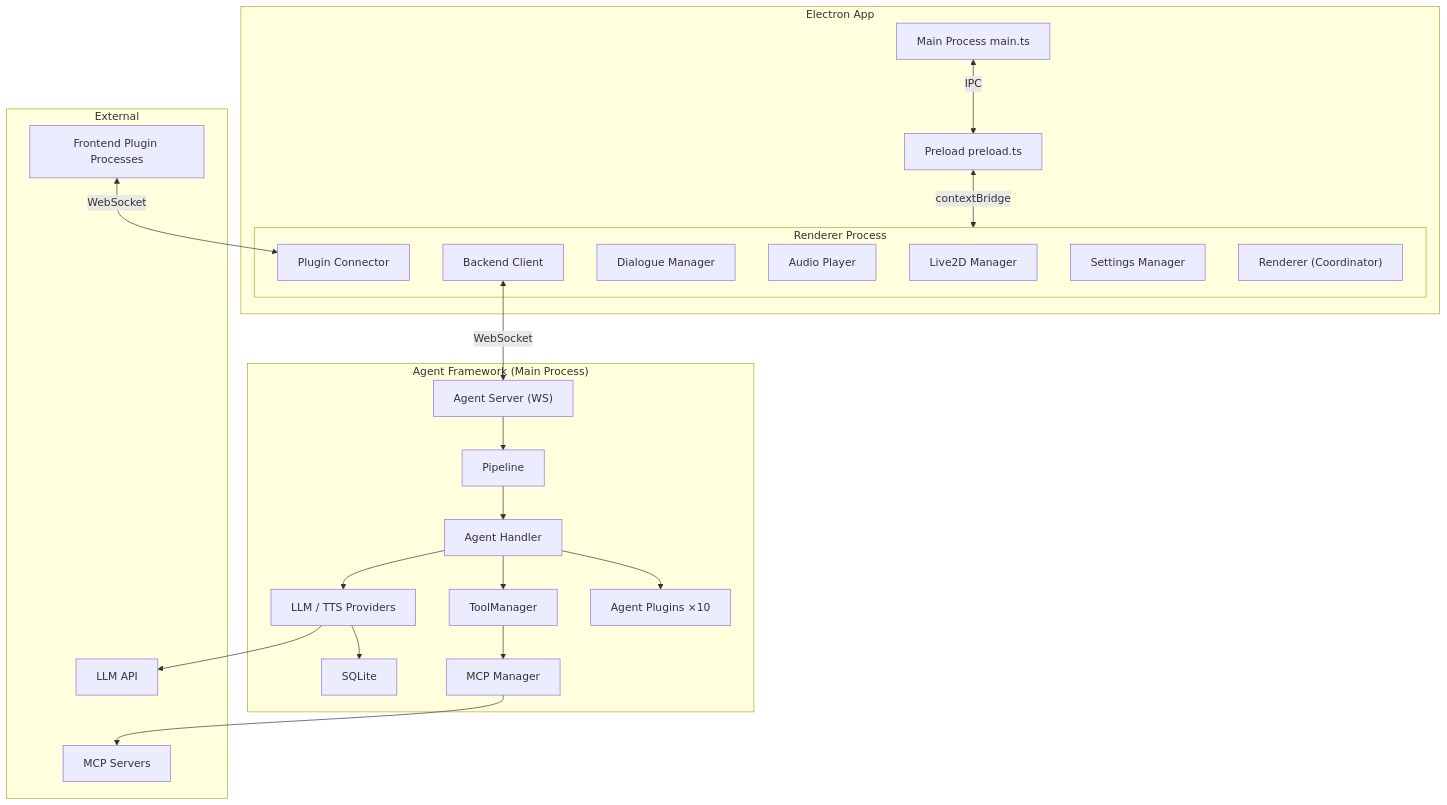
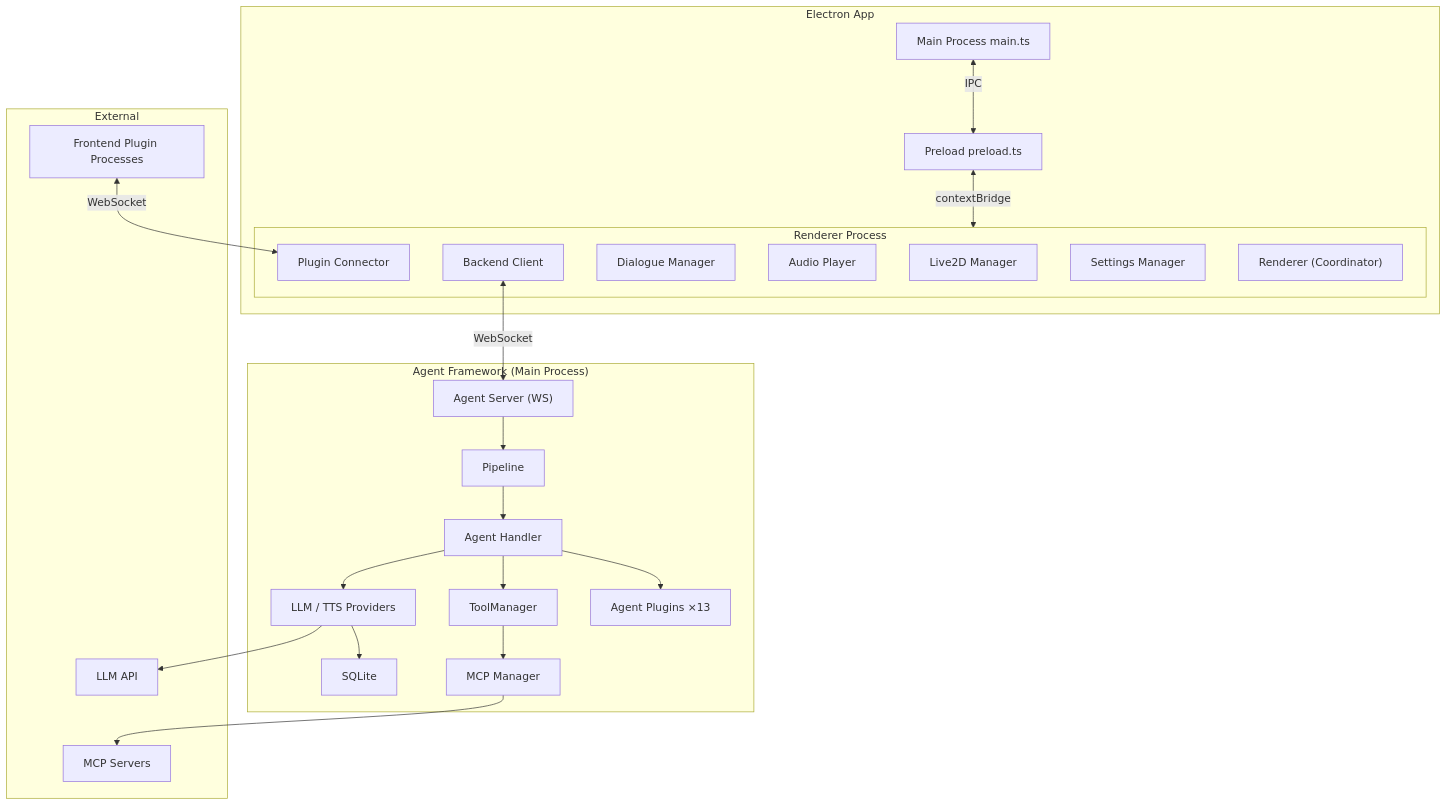
Before and after one commit to gameswu/NyaDeskPet: the diagram in assets/docs/en-US/DEVELOPMENT.md, drawn with Mermaid. The commit also changed other lines of this file and 64 other files, not shown here.

````diff
--- a/assets/docs/en-US/DEVELOPMENT.md
+++ b/assets/docs/en-US/DEVELOPMENT.md
@@ -47,47 +21,47 @@
 ```mermaid
 graph TB
     subgraph Electron["Electron App"]
         Main["Main Process main.ts"]
         Preload["Preload preload.ts"]
         subgraph Renderer["Renderer Process"]
             Live2D["Live2D Manager"]
             BackendClient["Backend Client"]
             Dialogue["Dialogue Manager"]
             Audio["Audio Player"]
             PluginConn["Plugin Connector"]
             Settings["Settings Manager"]
             UI["Renderer (Coordinator)"]
         end
     end
 
     subgraph AgentFramework["Agent Framework (Main Process)"]
         AgentServer["Agent Server (WS)"]
         Pipeline["Pipeline"]
         Handler["Agent Handler"]
         Providers["LLM / TTS Providers"]
         Tools["ToolManager"]
         MCP["MCP Manager"]
-        AgentPlugins["Agent Plugins ×10"]
+        AgentPlugins["Agent Plugins ×13"]
         DB["SQLite"]
     end
 
     subgraph External["External"]
         FPlugins["Frontend Plugin Processes"]
         MCPServer["MCP Servers"]
         LLMAPI["LLM API"]
     end
 
     Main <-->|IPC| Preload
     Preload <-->|contextBridge| Renderer
     BackendClient <-->|WebSocket| AgentServer
     AgentServer --> Pipeline
     Pipeline --> Handler
     Handler --> Providers
     Handler --> Tools
     Tools --> MCP
     Providers --> LLMAPI
     MCP --> MCPServer
     Handler --> AgentPlugins
     Providers --> DB
     FPlugins <-->|WebSocket| PluginConn
 ```
````
